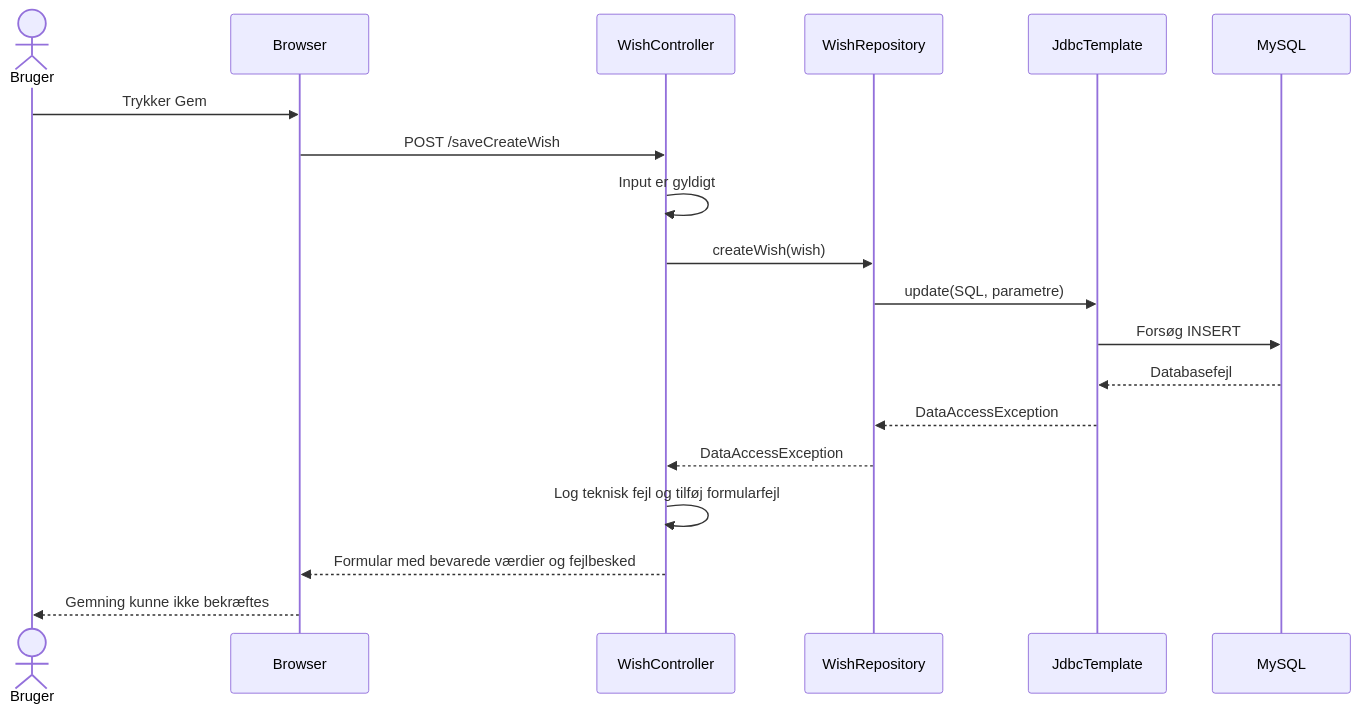
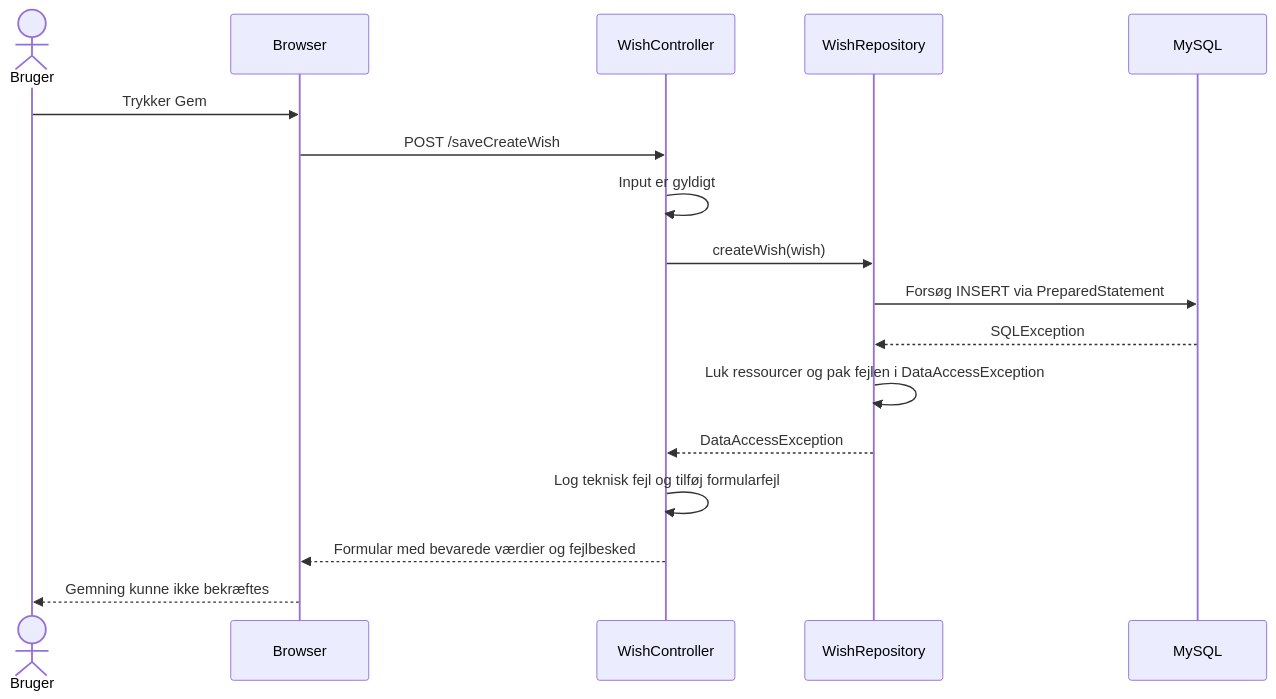
The third of 4 diagrams in docs/diagrammer.md (alagami-ux/Projekt2_Gruppe_6), drawn with Mermaid before and after one commit. The commit also changed other lines of this file and 5 other files, not shown here.

Commit message:
Erstat JdbcTemplate med direkte JDBC og tilpas tests

````diff
--- a/docs/diagrammer.md
+++ b/docs/diagrammer.md
@@ -83,22 +83,20 @@
 ```mermaid
 sequenceDiagram
     actor U as Bruger
     participant B as Browser
     participant C as WishController
     participant R as WishRepository
-    participant J as JdbcTemplate
     participant DB as MySQL
 
     U->>B: Trykker Gem
     B->>C: POST /saveCreateWish
     C->>C: Input er gyldigt
     C->>R: createWish(wish)
-    R->>J: update(SQL, parametre)
-    J->>DB: Forsøg INSERT
-    DB-->>J: Databasefejl
-    J-->>R: DataAccessException
+    R->>DB: Forsøg INSERT via PreparedStatement
+    DB-->>R: SQLException
+    R->>R: Luk ressourcer og pak fejlen i DataAccessException
     R-->>C: DataAccessException
     C->>C: Log teknisk fejl og tilføj formularfejl
     C-->>B: Formular med bevarede værdier og fejlbesked
     B-->>U: Gemning kunne ikke bekræftes
 ```
````
